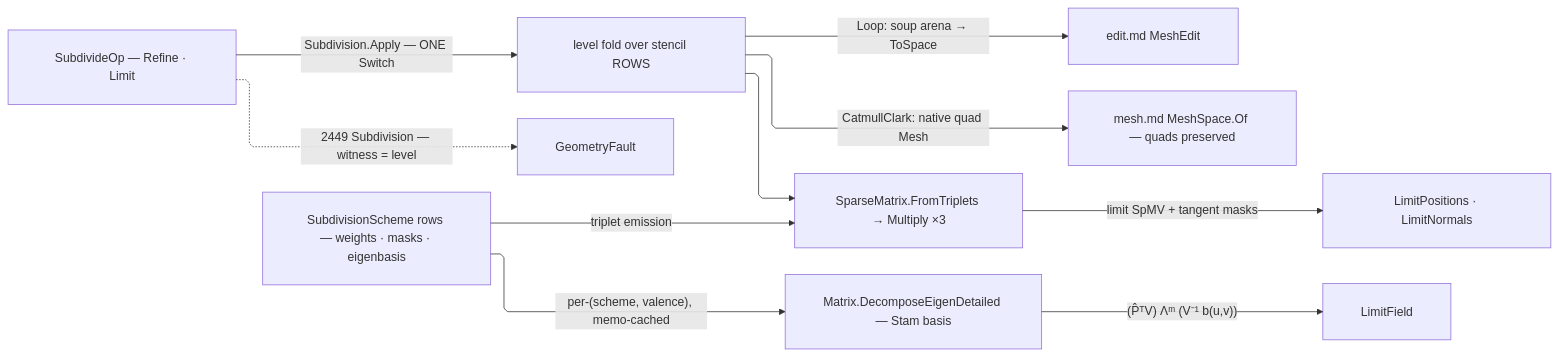
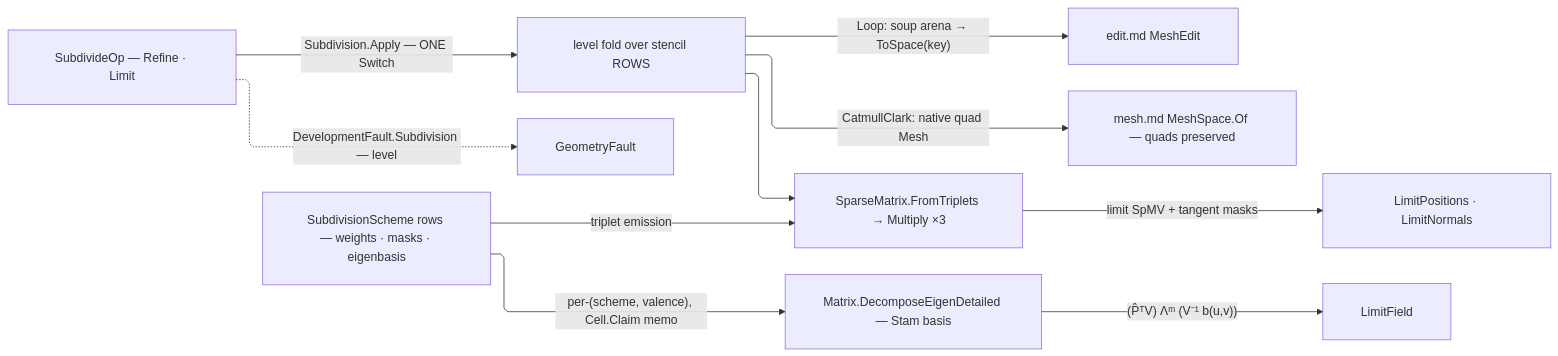
The diagram in libs/csharp/Rasm/.planning/Parametric/subdivide.md (bsamiee/Rasm), drawn with Mermaid before and after one commit. The commit also changed other lines of this file and 818 other files, not shown here.

````diff
--- a/libs/csharp/Rasm/.planning/Parametric/subdivide.md
+++ b/libs/csharp/Rasm/.planning/Parametric/subdivide.md
@@ -183,21 +206,21 @@
 ```mermaid
 ---
 config:
   layout: elk
   flowchart:
     curve: linear
     padding: 25
 ---
 flowchart LR
     accTitle: Subdivision refinement and limit lanes
     accDescr: SubdivideOp requests fold through one Apply over scheme stencil rows into the sparse operator, publish through the arena or MeshSpace, and the Stam eigen lane serves limit samples.
     Op["SubdivideOp — Refine · Limit"] -->|"Subdivision.Apply — ONE Switch"| Fold["level fold over stencil ROWS"]
     Scheme["SubdivisionScheme rows — weights · masks · eigenbasis"] -->|"triplet emission"| Operator["SparseMatrix.FromTriplets → Multiply ×3"]
     Fold --> Operator
     Operator -->|"limit SpMV + tangent masks"| Columns["LimitPositions · LimitNormals"]
-    Fold -->|"Loop: soup arena → ToSpace"| Arena["edit.md MeshEdit"]
+    Fold -->|"Loop: soup arena → ToSpace(key)"| Arena["edit.md MeshEdit"]
     Fold -->|"CatmullClark: native quad Mesh"| Space["mesh.md MeshSpace.Of — quads preserved"]
-    Scheme -->|"per-(scheme, valence), memo-cached"| Stam["Matrix.DecomposeEigenDetailed — Stam basis"]
+    Scheme -->|"per-(scheme, valence), Cell.Claim memo"| Stam["Matrix.DecomposeEigenDetailed — Stam basis"]
     Stam -->|"(P̂ᵀV) Λᵐ (V⁻¹ b(u,v))"| LimitField
-    Op -.->|"2449 Subdivision — witness = level"| GeometryFault
+    Op -.->|"DevelopmentFault.Subdivision — level"| GeometryFault
 ```
````
